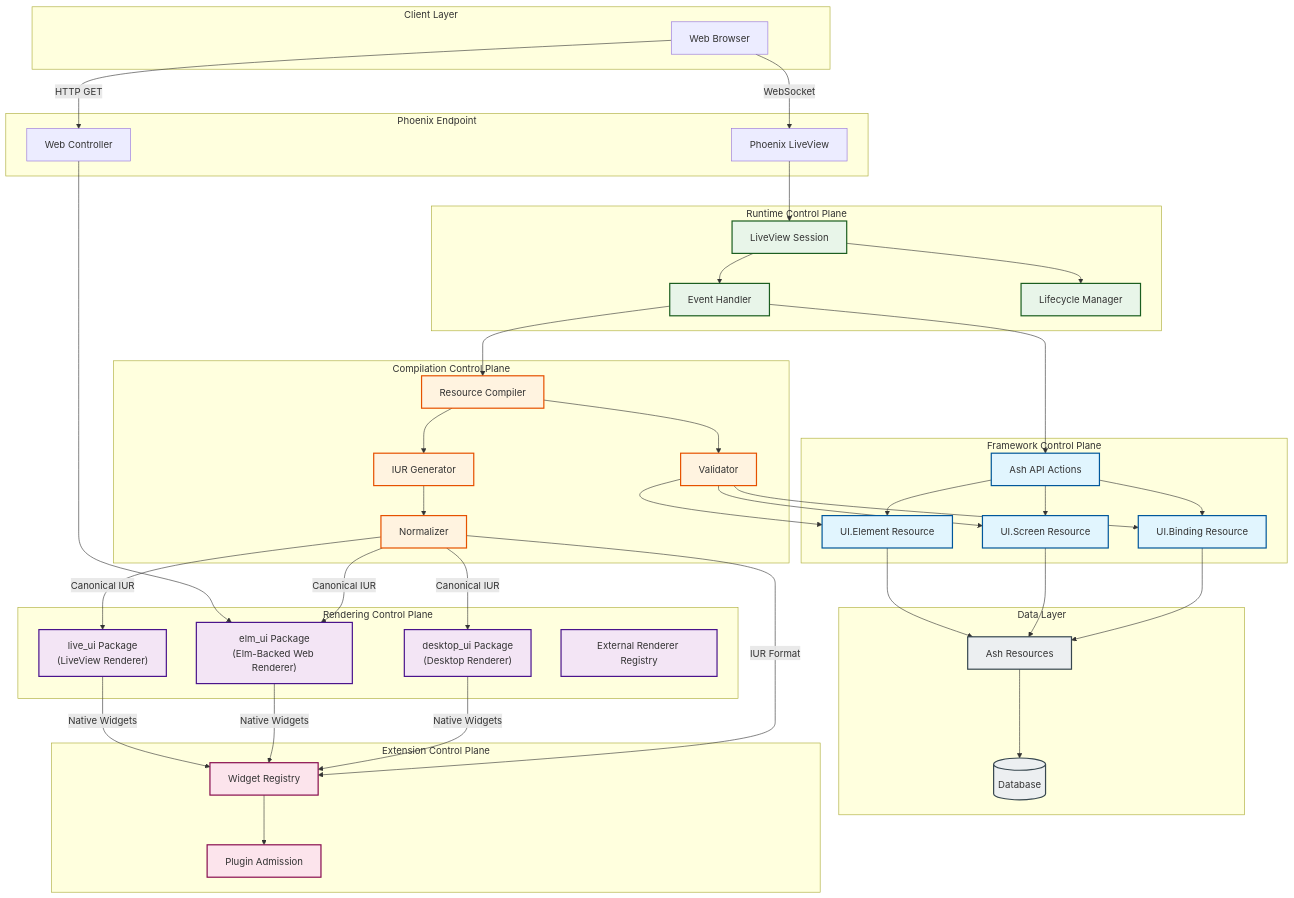
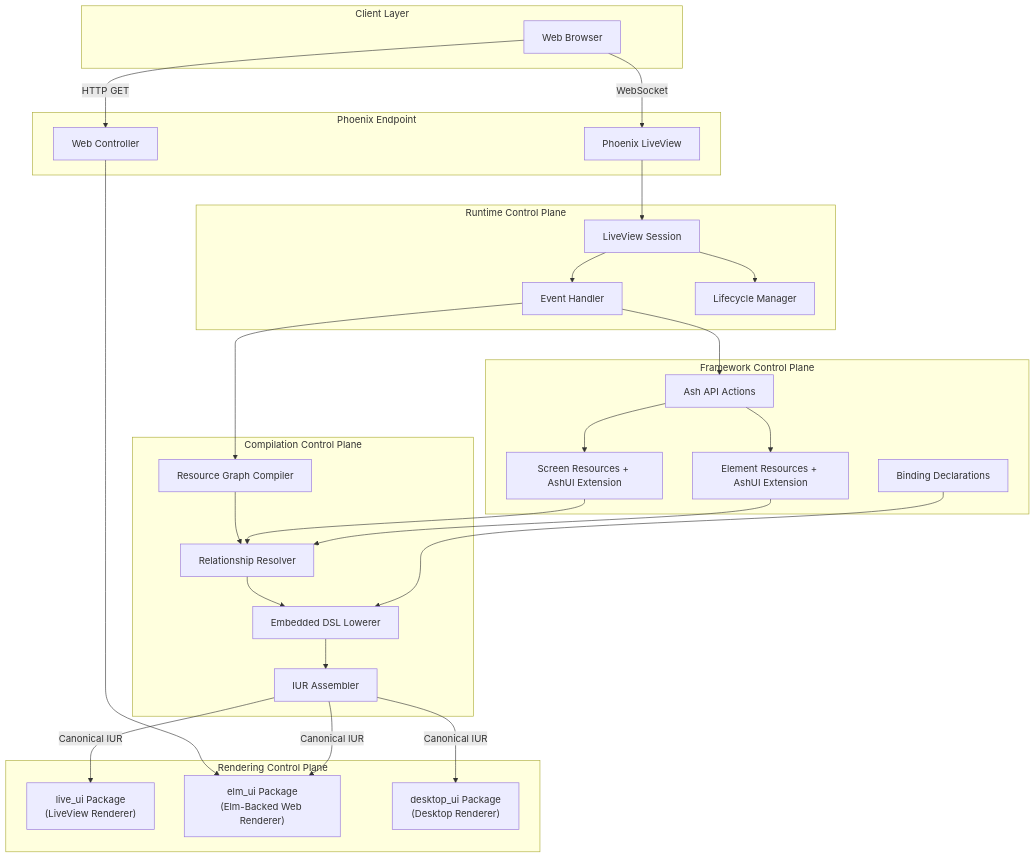
Before and after one commit to The-Metagraph/ash_ui: the diagram in specs/topology.md, drawn with Mermaid. The commit also changed other lines of this file and 17 other files, not shown here.

Commit message:
Realign specs around element-resource authority

````diff
--- a/specs/topology.md
+++ b/specs/topology.md
@@ -26,89 +30,48 @@
     end
 
     subgraph Compilation["Compilation Control Plane"]
-        ResourceCompiler["Resource Compiler"]
-        IURGenerator["IUR Generator"]
-        Validator["Validator"]
-        Normalizer["Normalizer"]
+        GraphCompiler["Resource Graph Compiler"]
+        RelationshipResolver["Relationship Resolver"]
+        FragmentLowerer["Embedded DSL Lowerer"]
+        IURAssembler["IUR Assembler"]
     end
 
     subgraph Framework["Framework Control Plane"]
-        UIElement["UI.Element Resource"]
-        UIScreen["UI.Screen Resource"]
-        UIBinding["UI.Binding Resource"]
+        UIScreen["Screen Resources + AshUI Extension"]
+        UIElement["Element Resources + AshUI Extension"]
+        UIBinding["Binding Declarations"]
         AshAPI["Ash API Actions"]
-    end
-
-    subgraph Data["Data Layer"]
-        AshResources["Ash Resources"]
-        Database[(Database)]
     end
 
     subgraph Rendering["Rendering Control Plane"]
         LiveRenderer["live_ui Package<br/>(LiveView Renderer)"]
-        WebRenderer["elm_ui Package<br/>(Elm-Backed Web Renderer)"]
+        ElmRenderer["elm_ui Package<br/>(Elm-Backed Web Renderer)"]
         DesktopRenderer["desktop_ui Package<br/>(Desktop Renderer)"]
-        ExternalRegistry["External Renderer Registry"]
-    end
-
-    subgraph Extension["Extension Control Plane"]
-        WidgetRegistry["Widget Registry"]
-        PluginAdmission["Plugin Admission"]
     end
 
     Browser -->|WebSocket| LiveView
     Browser -->|HTTP GET| StaticController
 
     LiveView --> LVSession
-    StaticController --> WebRenderer
+    StaticController --> ElmRenderer
 
     LVSession --> EventHandler
     LVSession --> LifecycleMgr
 
-    EventHandler --> ResourceCompiler
+    EventHandler --> GraphCompiler
     EventHandler --> AshAPI
 
-    ResourceCompiler --> IURGenerator
-    ResourceCompiler --> Validator
-    IURGenerator --> Normalizer
+    GraphCompiler --> RelationshipResolver
+    RelationshipResolver --> FragmentLowerer
+    FragmentLowerer --> IURAssembler
 
-    Validator --> UIElement
-    Validator --> UIScreen
-    Validator --> UIBinding
+    UIScreen --> RelationshipResolver
+    UIElement --> RelationshipResolver
+    UIBinding --> FragmentLowerer
+    AshAPI --> UIScreen
+    AshAPI --> UIElement
 
-    Normalizer -->|"Canonical IUR"| LiveRenderer
-    Normalizer -->|"Canonical IUR"| WebRenderer
-    Normalizer -->|"Canonical IUR"| DesktopRenderer
-
-    AshAPI --> UIElement
-    AshAPI --> UIScreen
-    AshAPI --> UIBinding
-
-    UIElement --> AshResources
-    UIScreen --> AshResources
-    UIBinding --> AshResources
-
-    AshResources --> Database
-
-    LiveRenderer -->|"Native Widgets"| WidgetRegistry
-    WebRenderer -->|"Native Widgets"| WidgetRegistry
-    DesktopRenderer -->|"Native Widgets"| WidgetRegistry
-
-    Normalizer -->|"IUR Format"| WidgetRegistry
-
-    WidgetRegistry --> PluginAdmission
-
-    classDef framework fill:#e1f5fe,stroke:#01579b,stroke-width:2px
-    classDef compilation fill:#fff3e0,stroke:#e65100,stroke-width:2px
-    classDef rendering fill:#f3e5f5,stroke:#4a148c,stroke-width:2px
-    classDef runtime fill:#e8f5e9,stroke:#1b5e20,stroke-width:2px
-    classDef extension fill:#fce4ec,stroke:#880e4f,stroke-width:2px
-    classDef data fill:#eceff1,stroke:#37474f,stroke-width:2px
-
-    class UIElement,UIScreen,UIBinding,AshAPI framework
-    class ResourceCompiler,IURGenerator,Validator,Normalizer compilation
-    class LiveRenderer,WebRenderer,DesktopRenderer,ExternalRegistry rendering
-    class LVSession,EventHandler,LifecycleMgr runtime
-    class WidgetRegistry,PluginAdmission extension
-    class AshResources,Database data
+    IURAssembler -->|"Canonical IUR"| LiveRenderer
+    IURAssembler -->|"Canonical IUR"| ElmRenderer
+    IURAssembler -->|"Canonical IUR"| DesktopRenderer
 ```
````
